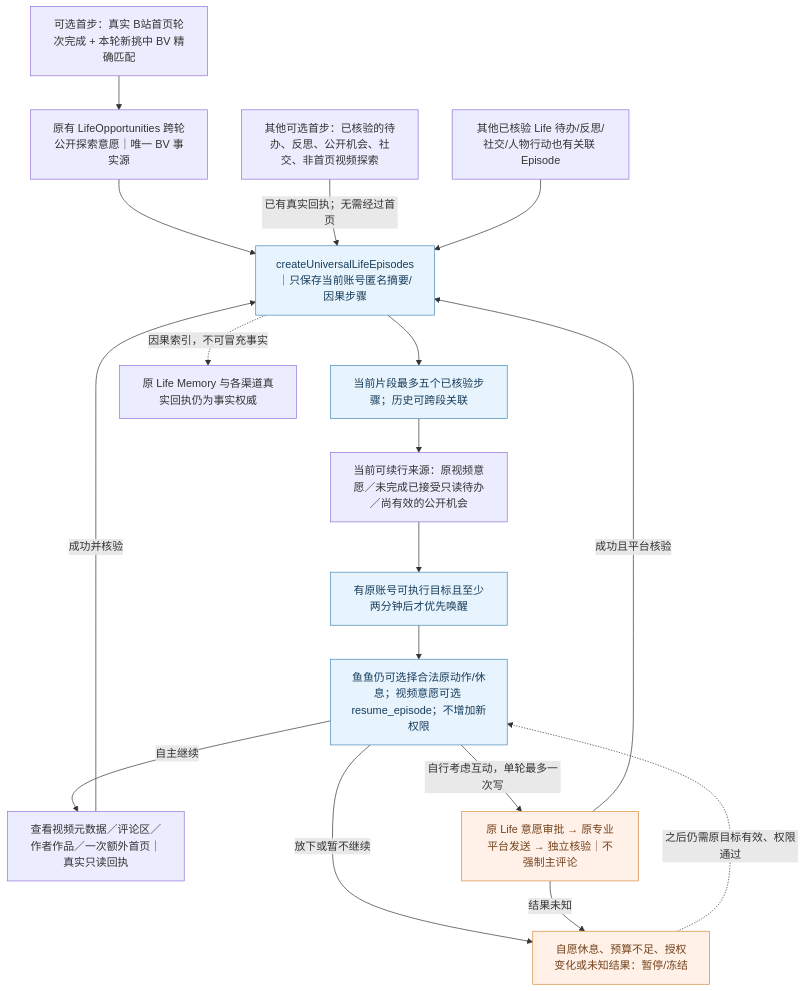
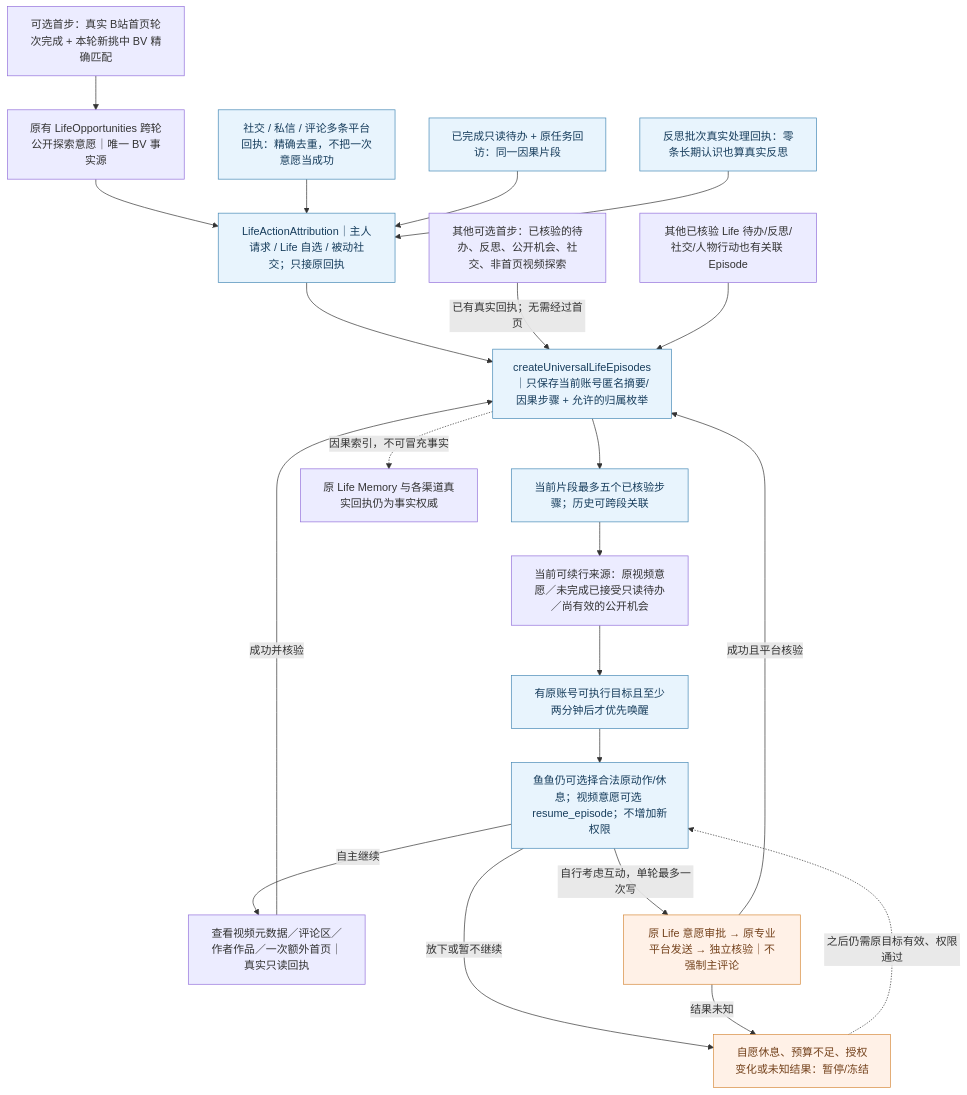
The diagram in docs/architecture/diagrams/life-universal-episodes-current.mmd (minedalang/dsh-dafeiyu-life), drawn with Mermaid before and after one commit. The commit also changed 20 other files, not shown here.

```diff
--- a/docs/architecture/diagrams/life-universal-episodes-current.mmd
+++ b/docs/architecture/diagrams/life-universal-episodes-current.mmd
@@ -1,43 +1,55 @@
-%% dev.36 Universal Episode：有意义的自主动作共享因果归属，不改变原平台授权
+%% dev.37 统一归属 + dev.36 Universal Episode：有意义的自主动作共享因果归属，不改变原平台授权
 flowchart TB
   child["可选首步：真实 B站首页轮次完成 + 本轮新挑中 BV 精确匹配"]
   firstOther["其他可选首步：已核验的待办、反思、公开机会、社交、非首页视频探索"]
   eligible["当前可续行来源：原视频意愿／未完成已接受只读待办／尚有效的公开机会"]
   canonical["原有 LifeOpportunities 跨轮公开探索意愿｜唯一 BV 事实源"]
-  record["createUniversalLifeEpisodes｜只保存当前账号匿名摘要/因果步骤"]
+  attribution["LifeActionAttribution｜主人请求 / Life 自选 / 被动社交；只接原回执"]
+  socialReceipt["社交 / 私信 / 评论多条平台回执：精确去重，不把一次意愿当成功"]
+  todoReceipt["已完成只读待办 + 原任务回访：同一因果片段"]
+  reflectionReceipt["反思批次真实处理回执：零条长期认识也算真实反思"]
+  record["createUniversalLifeEpisodes｜只保存当前账号匿名摘要/因果步骤 + 允许的归属枚举"]
   context["当前片段最多五个已核验步骤；历史可跨段关联"]
   due["有原账号可执行目标且至少两分钟后才优先唤醒"]
   menu["鱼鱼仍可选择合法原动作/休息；视频意愿可选 resume_episode；不增加新权限"]
   read["查看视频元数据／评论区／作者作品／一次额外首页｜真实只读回执"]
   write["原 Life 意愿审批 → 原专业平台发送 → 独立核验｜不强制主评论"]
   pause["自愿休息、预算不足、授权变化或未知结果：暂停/冻结"]
   other["其他已核验 Life 待办/反思/社交/人物行动也有关联 Episode"]
   memory["原 Life Memory 与各渠道真实回执仍为事实权威"]
-  child --> canonical --> record
+  child --> canonical --> attribution --> record
+  socialReceipt --> attribution
+  todoReceipt --> attribution
+  reflectionReceipt --> attribution
   firstOther -->|已有真实回执；无需经过首页| record
   record --> context --> eligible --> due --> menu
   menu -->|自主继续| read -->|成功并核验| record
   menu -->|自行考虑互动，单轮最多一次写| write -->|成功且平台核验| record
   menu -->|放下或暂不继续| pause
   write -->|结果未知| pause
   other --> record
   record -.->|因果索引，不可冒充事实| memory
   pause -.->|之后仍需原目标有效、权限通过| menu
   classDef safe fill:#e8f4fd,stroke:#4689b6,color:#173d5c
   classDef caveat fill:#fff1e7,stroke:#d68a3c,color:#74421c
-  class record,context,menu,due safe
+  class record,context,menu,due,attribution,socialReceipt,todoReceipt,reflectionReceipt safe
   class pause,write caveat
 
 %% @code child | index.js | const episode=lifeOpportunities.beginHomeExploration
 %% @code canonical | lib/life-opportunities.mjs | const continuations=
 %% @code firstOther | lib/autonomous-planner.mjs | const good=new Map([
 %% @code eligible | lib/life-episode-entrypoints.mjs | export function eligibleLifeEpisodeSources
 %% @code record | lib/life-universal-episodes.mjs | export function createUniversalLifeEpisodes
 %% @code context | lib/life-universal-episodes.mjs | const view=e=>
 %% @code due | lib/life-universal-episodes.mjs | const due=(
 %% @code menu | lib/autonomous-planner.mjs | action:'resume_episode'
 %% @code read | lib/autonomous-planner.mjs | const continueLifeRead=async
 %% @code write | lib/life-video-action-bridge.mjs | createLifeVideoActionBridge
 %% @code pause | lib/life-universal-episodes.mjs | const pauseLatest=(
 %% @code other | index.js | onEpisodeAction:proof=>universalLifeEpisodes.record(proof)
 %% @code memory | lib/life-memory-coordinator.mjs | createLifeMemoryCoordinator
+
+%% @code attribution | lib/life-action-attribution.mjs | export function createLifeActionAttribution
+%% @code socialReceipt | lib/life-willingness.mjs | const exact=typeof receiptId
+%% @code todoReceipt | index.js | sourceRef:'todo:'+original.id
+%% @code reflectionReceipt | lib/life-reflection.mjs | result.receiptId=receiptId
```
